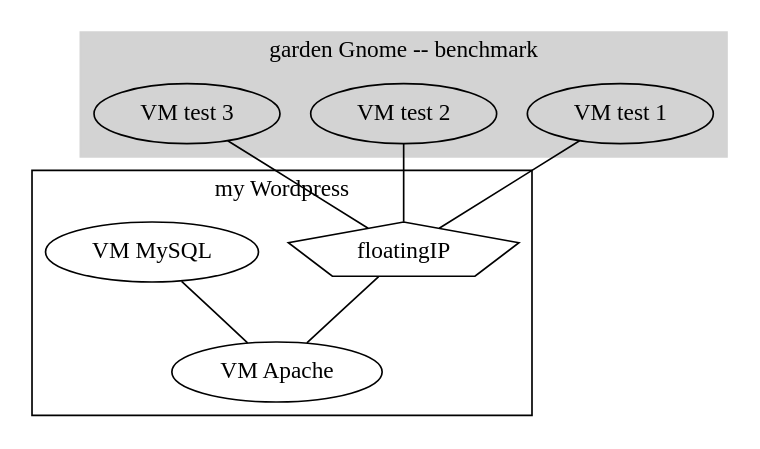
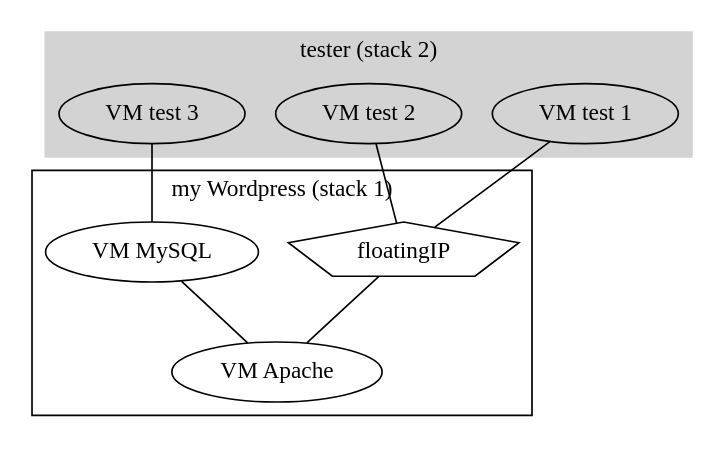
The first of 2 diagrams in doc/source/index.rst (goneri/kitchen-mincer), drawn with Graphviz before and after one commit.

Commit message:
doc: minor clean up in the graphviz illustration

```diff
--- a/doc/source/index.rst
+++ b/doc/source/index.rst
@@ -221,29 +221,29 @@
 .. graphviz::
 
     graph G {
 
 
         subgraph clusterA {
-	    label = "my Wordpress"
+	    label = "my Wordpress (stack 1)"
 	    floatingIP [ shape = "pentagon" ]
 
 	    "VM Apache";
 	    "VM MySQL";
             "floatingIP";
 	}
 
 
         subgraph clusterB {
-            label = "garden Gnome -- benchmark"
+            label = "tester (stack 2)"
 	    style=filled
 	    color=lightgrey
 	    "VM test 1"
 	    "VM test 2"
 	    "VM test 3"
 	}
 	"floatingIP" -- "VM Apache"
 	"VM MySQL" -- "VM Apache"
 	"VM test 1" -- "floatingIP"
 	"VM test 2" -- "floatingIP"
-	"VM test 3" -- "floatingIP"
+	"VM test 3" -- "VM MySQL"
    }
```
